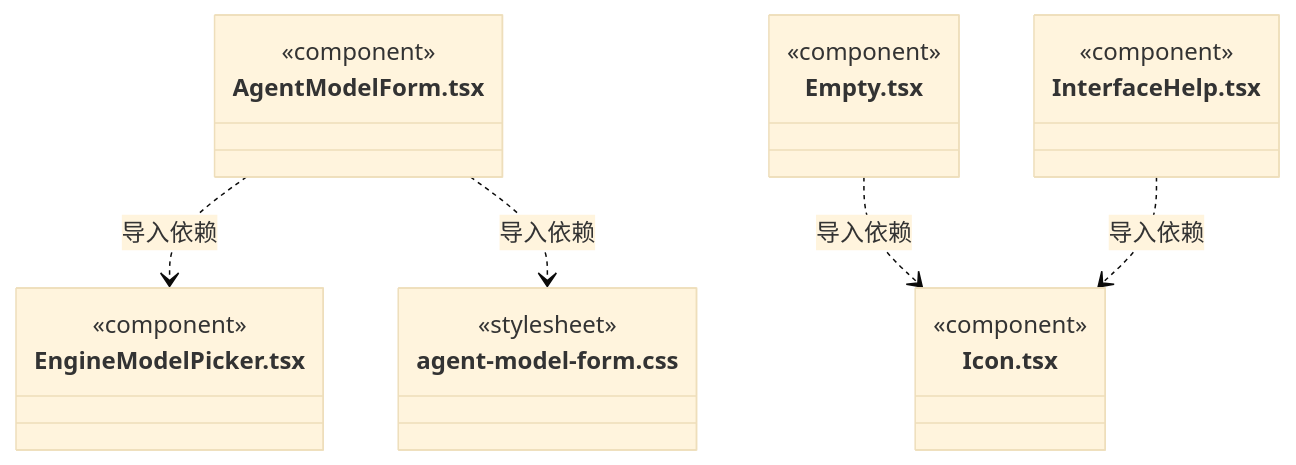
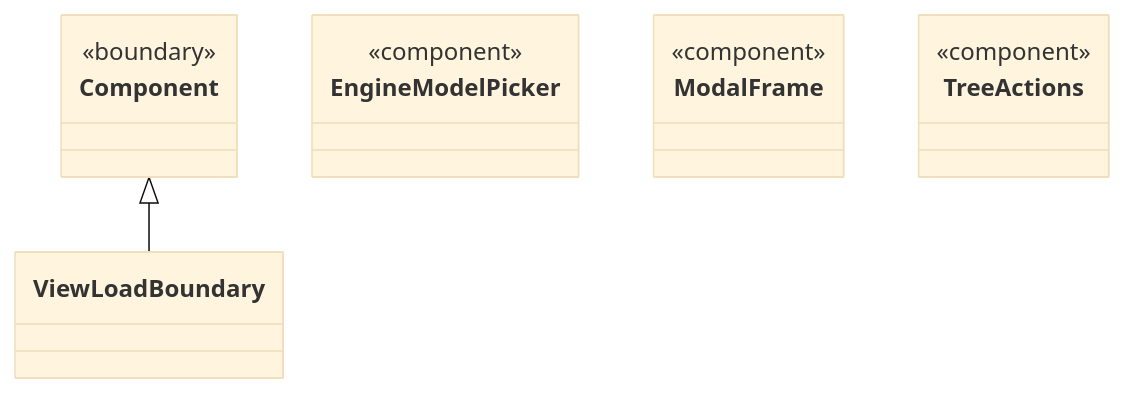
The diagram in src/view/components/ARCHITECTURE.md (nan023062/cbim), drawn with Mermaid (base theme) before and after one commit. The commit also changed other lines of this file and 158 other files, not shown here.

Commit message:
docs: model architecture through nested virtual encapsulations

````diff
--- a/src/view/components/ARCHITECTURE.md
+++ b/src/view/components/ARCHITECTURE.md
@@ -382,25 +22,21 @@
 ```mermaid
 classDiagram
-class N_src_view_components_AgentModelForm_tsx["AgentModelForm.tsx"] {
+class N_e4d02ef21d15["Component"] {
+  <<boundary>>
+}
+class N_09fa9f0818fa["ViewLoadBoundary"]
+click N_09fa9f0818fa href "DeferredView.tsx"
+class N_b33b586f1a01["EngineModelPicker"] {
   <<component>>
 }
-class N_src_view_components_EngineModelPicker_tsx["EngineModelPicker.tsx"] {
+click N_b33b586f1a01 href "EngineModelPicker.tsx"
+class N_aa741f0efaf2["ModalFrame"] {
   <<component>>
 }
-class N_src_view_components_agent_model_form_css["agent-model-form.css"] {
-  <<stylesheet>>
-}
-class N_src_view_components_Empty_tsx["Empty.tsx"] {
+click N_aa741f0efaf2 href "ModalFrame.tsx"
+class N_0716f251442b["TreeActions"] {
   <<component>>
 }
-class N_src_view_components_Icon_tsx["Icon.tsx"] {
-  <<component>>
-}
-class N_src_view_components_InterfaceHelp_tsx["InterfaceHelp.tsx"] {
-  <<component>>
-}
-N_src_view_components_AgentModelForm_tsx ..> N_src_view_components_EngineModelPicker_tsx : 导入依赖
-N_src_view_components_AgentModelForm_tsx ..> N_src_view_components_agent_model_form_css : 导入依赖
-N_src_view_components_Empty_tsx ..> N_src_view_components_Icon_tsx : 导入依赖
-N_src_view_components_InterfaceHelp_tsx ..> N_src_view_components_Icon_tsx : 导入依赖
+click N_0716f251442b href "TreeActions.tsx"
+N_e4d02ef21d15 <|-- N_09fa9f0818fa
 ```
````
